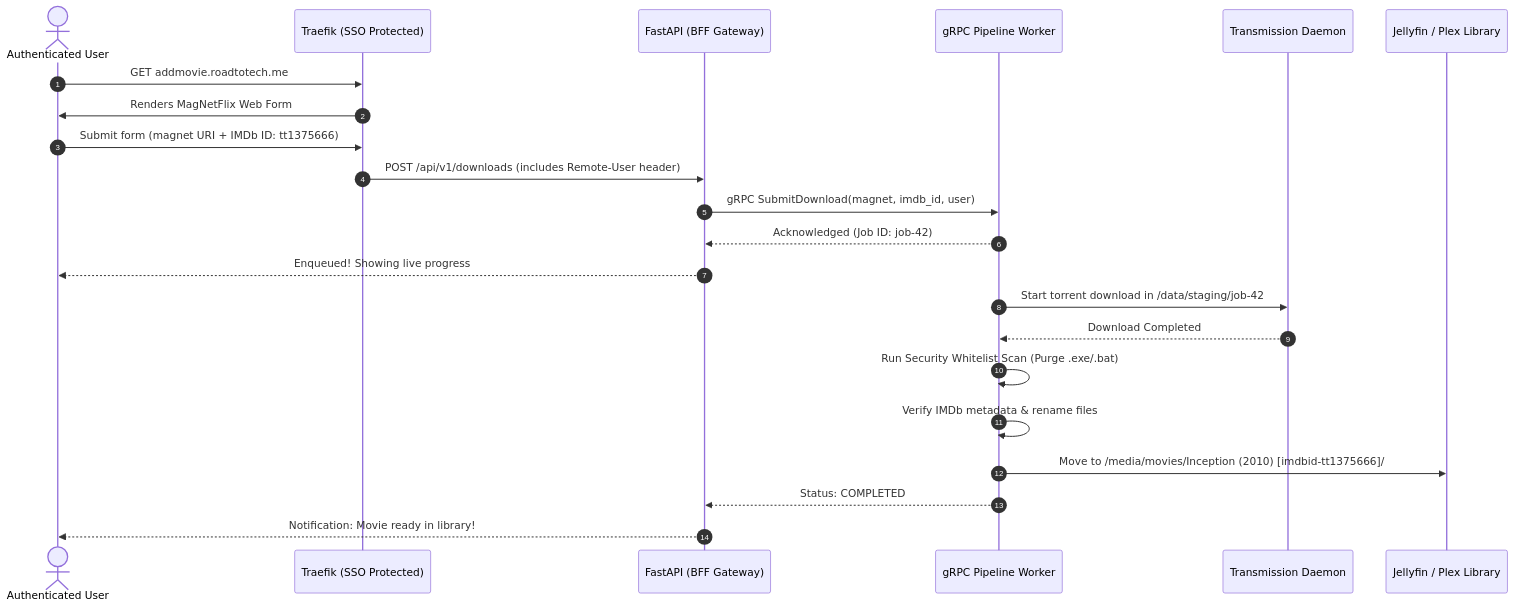
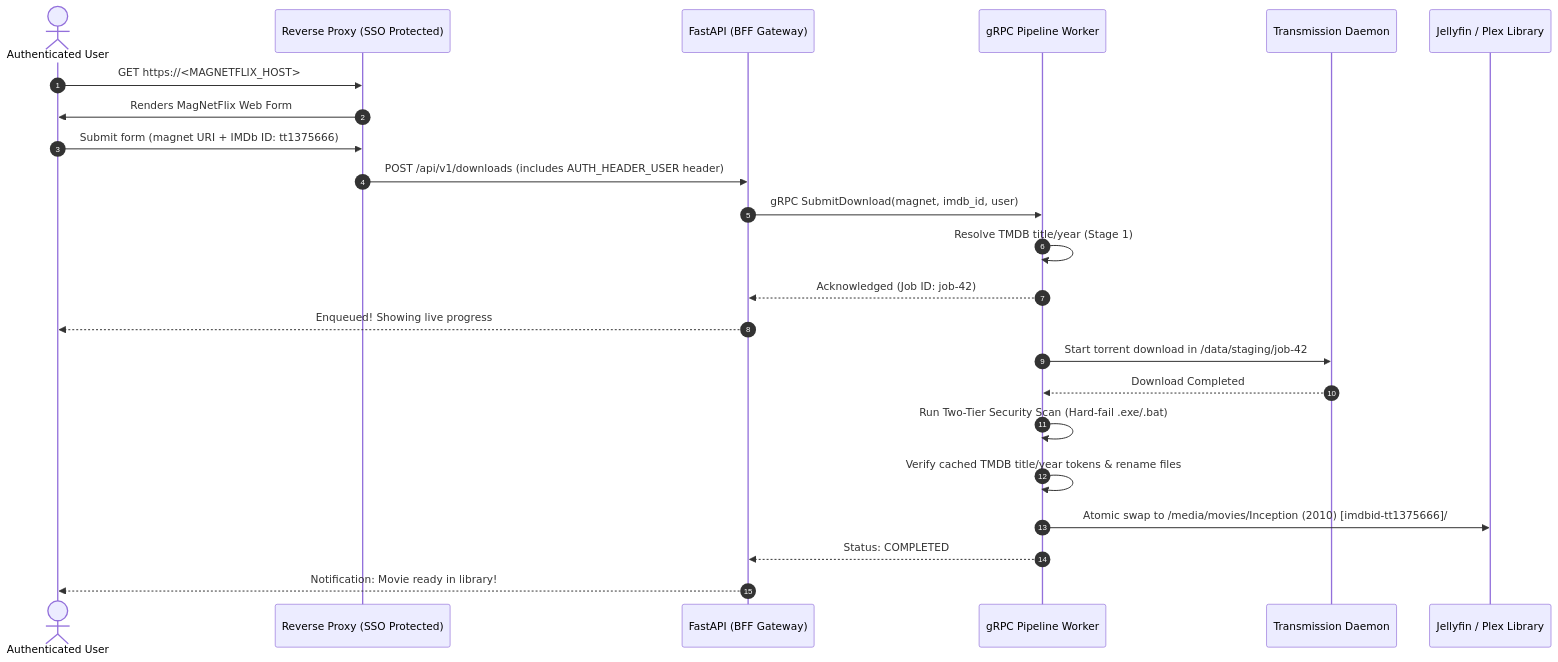
Before and after one commit to kiskaadee/MagNetFlix: the diagram in docs/overview.md, drawn with Mermaid. The commit also changed other lines of this file and 7 other files, not shown here.

````diff
--- a/docs/overview.md
+++ b/docs/overview.md
@@ -24,25 +24,26 @@
 ```mermaid
 sequenceDiagram
     autonumber
     actor User as Authenticated User
-    participant Traefik as Traefik (SSO Protected)
+    participant Proxy as Reverse Proxy (SSO Protected)
     participant BFF as FastAPI (BFF Gateway)
     participant Worker as gRPC Pipeline Worker
     participant Engine as Transmission Daemon
     participant Media as Jellyfin / Plex Library
 
-    User->>Traefik: GET addmovie.roadtotech.me
-    Traefik->>User: Renders MagNetFlix Web Form
-    User->>Traefik: Submit form (magnet URI + IMDb ID: tt1375666)
-    Traefik->>BFF: POST /api/v1/downloads (includes Remote-User header)
+    User->>Proxy: GET https://<MAGNETFLIX_HOST>
+    Proxy->>User: Renders MagNetFlix Web Form
+    User->>Proxy: Submit form (magnet URI + IMDb ID: tt1375666)
+    Proxy->>BFF: POST /api/v1/downloads (includes AUTH_HEADER_USER header)
     BFF->>Worker: gRPC SubmitDownload(magnet, imdb_id, user)
+    Worker->>Worker: Resolve TMDB title/year (Stage 1)
     Worker-->>BFF: Acknowledged (Job ID: job-42)
     BFF-->>User: Enqueued! Showing live progress
     Worker->>Engine: Start torrent download in /data/staging/job-42
     Engine-->>Worker: Download Completed
-    Worker->>Worker: Run Security Whitelist Scan (Purge .exe/.bat)
-    Worker->>Worker: Verify IMDb metadata & rename files
-    Worker->>Media: Move to /media/movies/Inception (2010) [imdbid-tt1375666]/
+    Worker->>Worker: Run Two-Tier Security Scan (Hard-fail .exe/.bat)
+    Worker->>Worker: Verify cached TMDB title/year tokens & rename files
+    Worker->>Media: Atomic swap to /media/movies/Inception (2010) [imdbid-tt1375666]/
     Worker-->>BFF: Status: COMPLETED
     BFF-->>User: Notification: Movie ready in library!
 ```
````
